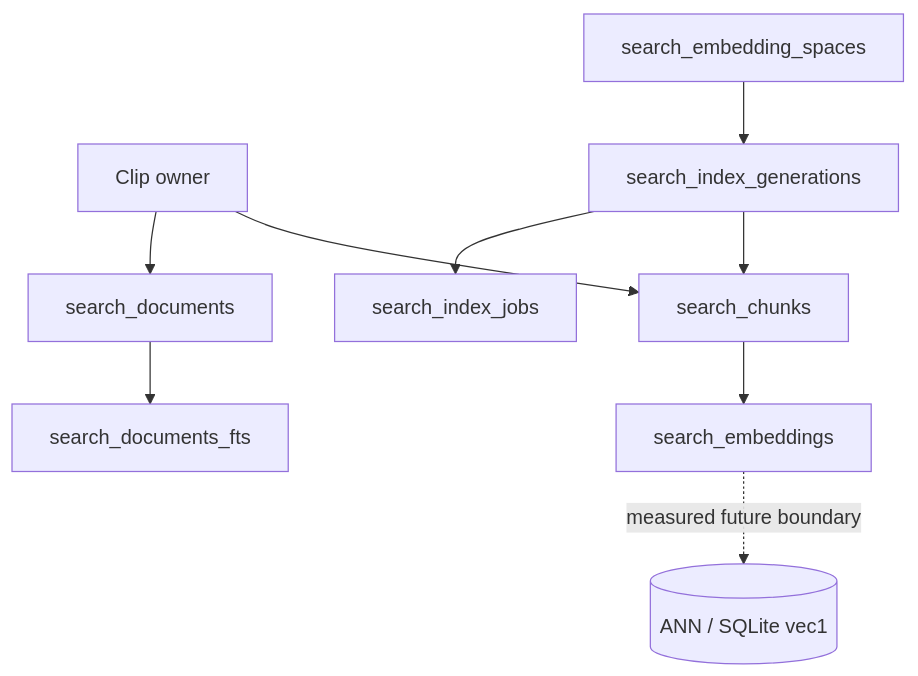
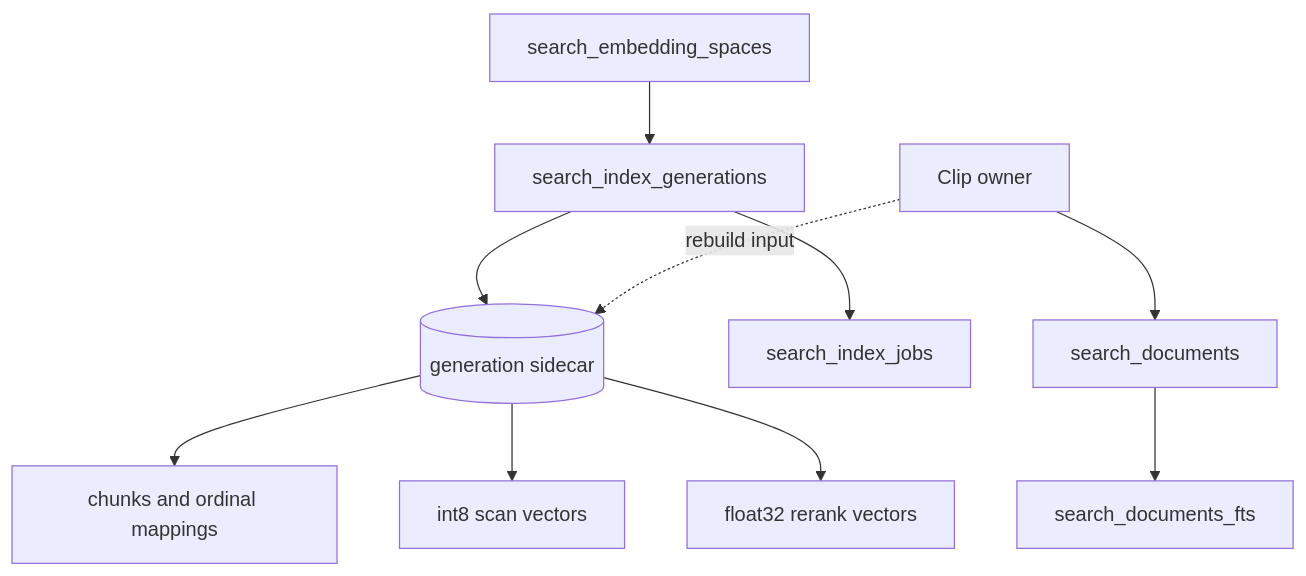
The seventh of 8 diagrams in docs/MODELS.md (azure06/clipsx), drawn with Mermaid before and after one commit. The commit also changed other lines of this file and 5 other files, not shown here.

Commit message:
refactor(search)!: establish sidecar generation schema

````diff
--- a/docs/MODELS.md
+++ b/docs/MODELS.md
@@ -158,11 +158,12 @@
 ```mermaid
 flowchart TB
     C[Clip owner] --> D[search_documents]
     D --> F[search_documents_fts]
     S[search_embedding_spaces] --> G[search_index_generations]
     G --> J[search_index_jobs]
-    G --> H[search_chunks]
-    C --> H
-    H --> V[search_embeddings]
-    V -. measured future boundary .-> A[(ANN / SQLite vec1)]
+    G --> X[(generation sidecar)]
+    C -. rebuild input .-> X
+    X --> H[chunks and ordinal mappings]
+    X --> Q[int8 scan vectors]
+    X --> V[float32 rerank vectors]
 ```
````
